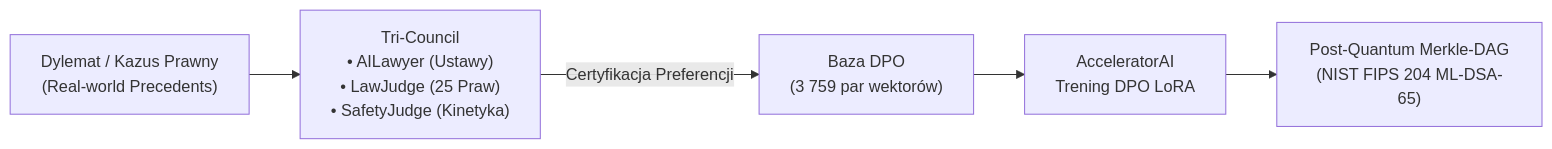
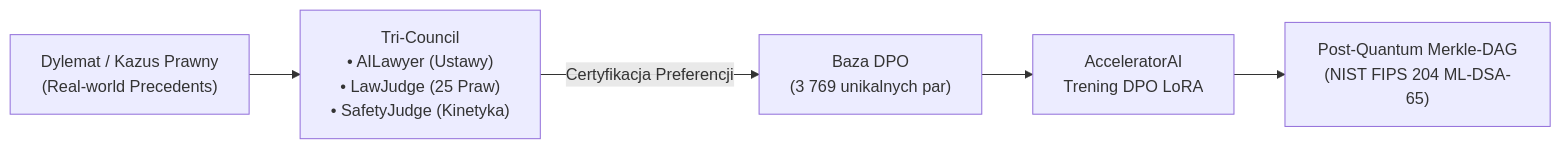
The diagram in README.md (V1B3hR/nethical), drawn with Mermaid before and after one commit. The commit also changed other lines of this file and 24 other files, not shown here.

````diff
--- a/README.md
+++ b/README.md
@@ -115,7 +125,7 @@
 ```mermaid
 flowchart LR
     A["Dylemat / Kazus Prawny\n(Real-world Precedents)"] --> B["Tri-Council\n• AILawyer (Ustawy)\n• LawJudge (25 Praw)\n• SafetyJudge (Kinetyka)"]
-    B -->|Certyfikacja Preferencji| C["Baza DPO\n(3 759 par wektorów)"]
+    B -->|Certyfikacja Preferencji| C["Baza DPO\n(3 769 unikalnych par)"]
     C --> D["AcceleratorAI\nTrening DPO LoRA"]
     D --> E["Post-Quantum Merkle-DAG\n(NIST FIPS 204 ML-DSA-65)"]
 ```
````
